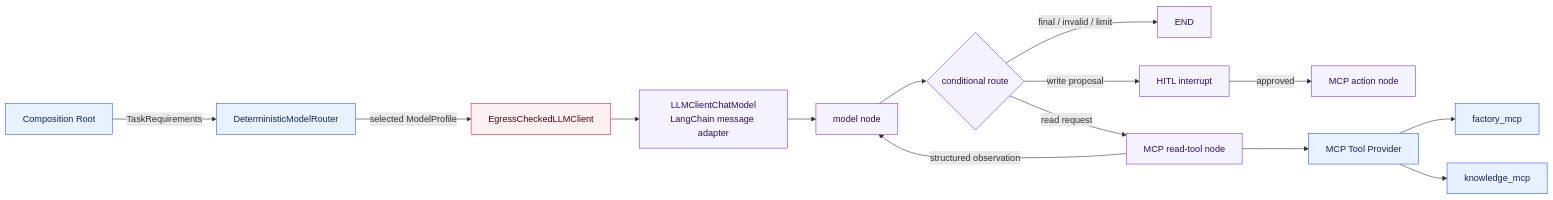
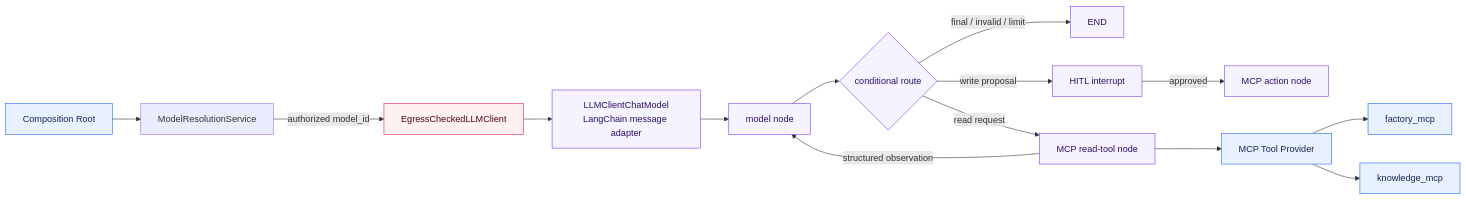
The tenth of 20 diagrams in docs/architecture/overview.md (aboerzel/industrial-ai-agent), drawn with Mermaid before and after one commit. The commit also changed other lines of this file and 68 other files, not shown here.

````diff
--- a/docs/architecture/overview.md
+++ b/docs/architecture/overview.md
@@ -660,23 +654,23 @@
 ```mermaid
 flowchart LR
-    CR["Composition Root"] -->|"TaskRequirements"| Router["DeterministicModelRouter"]
-    Router -->|"selected ModelProfile"| Security["EgressCheckedLLMClient"]
+    CR["Composition Root"] --> Resolver["ModelResolutionService"]
+    Resolver -->|"authorized model_id"| Security["EgressCheckedLLMClient"]
     Security --> Adapter["LLMClientChatModel<br/>LangChain message adapter"]
     Adapter --> Model["model node"]
     Model --> Route{"conditional route"}
     Route -->|"final / invalid / limit"| End["END"]
     Route -->|"read request"| Tool["MCP read-tool node"]
     Route -->|"write proposal"| Approval["HITL interrupt"]
     Approval -->|"approved"| Action["MCP action node"]
     Tool -->|"structured observation"| Model
     Tool --> Provider["MCP Tool Provider"]
     Provider --> Factory["factory_mcp"]
     Provider --> Knowledge["knowledge_mcp"]
 
     classDef core fill:#e8f1ff,stroke:#2563eb,color:#172554
     classDef framework fill:#f5f3ff,stroke:#7c3aed,color:#2e1065
     classDef security fill:#fff1f2,stroke:#e11d48,color:#4c0519
     class CR,Router,Provider,Factory,Knowledge core
     class Adapter,Model,Route,Tool,Approval,Action,End framework
     class Security security
 ```
````
